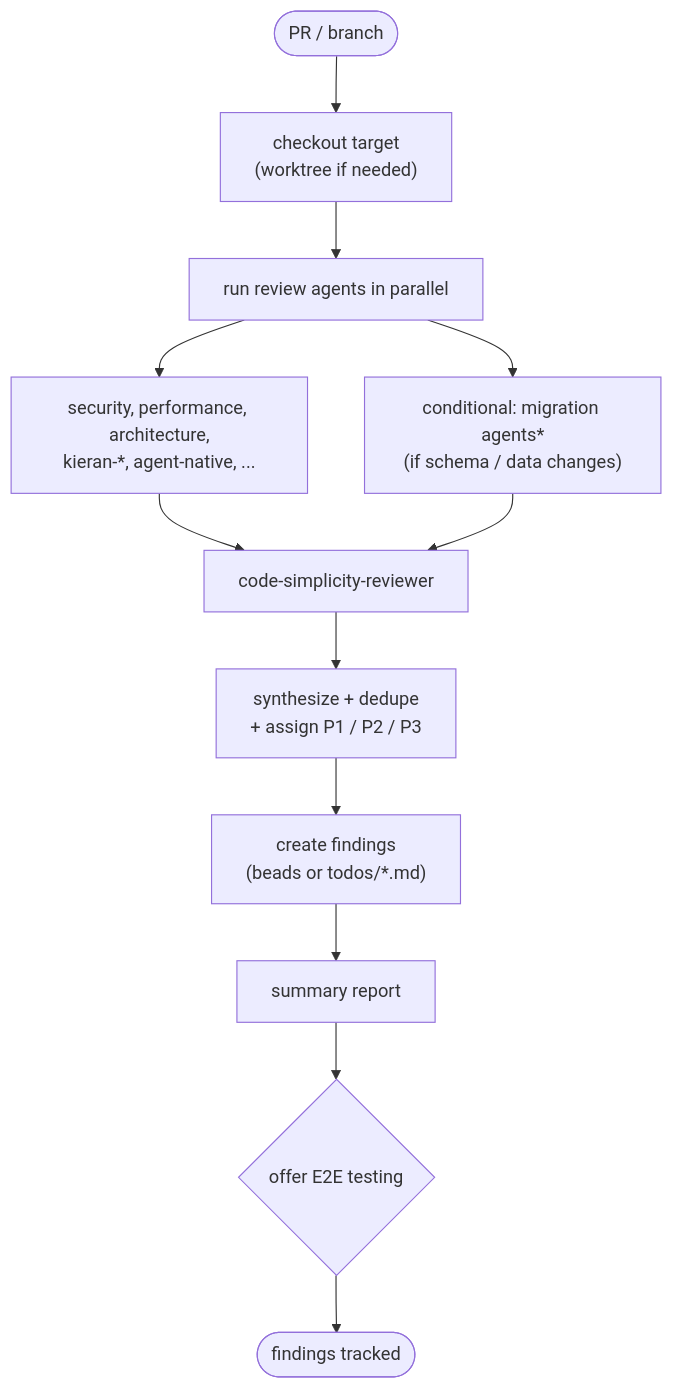
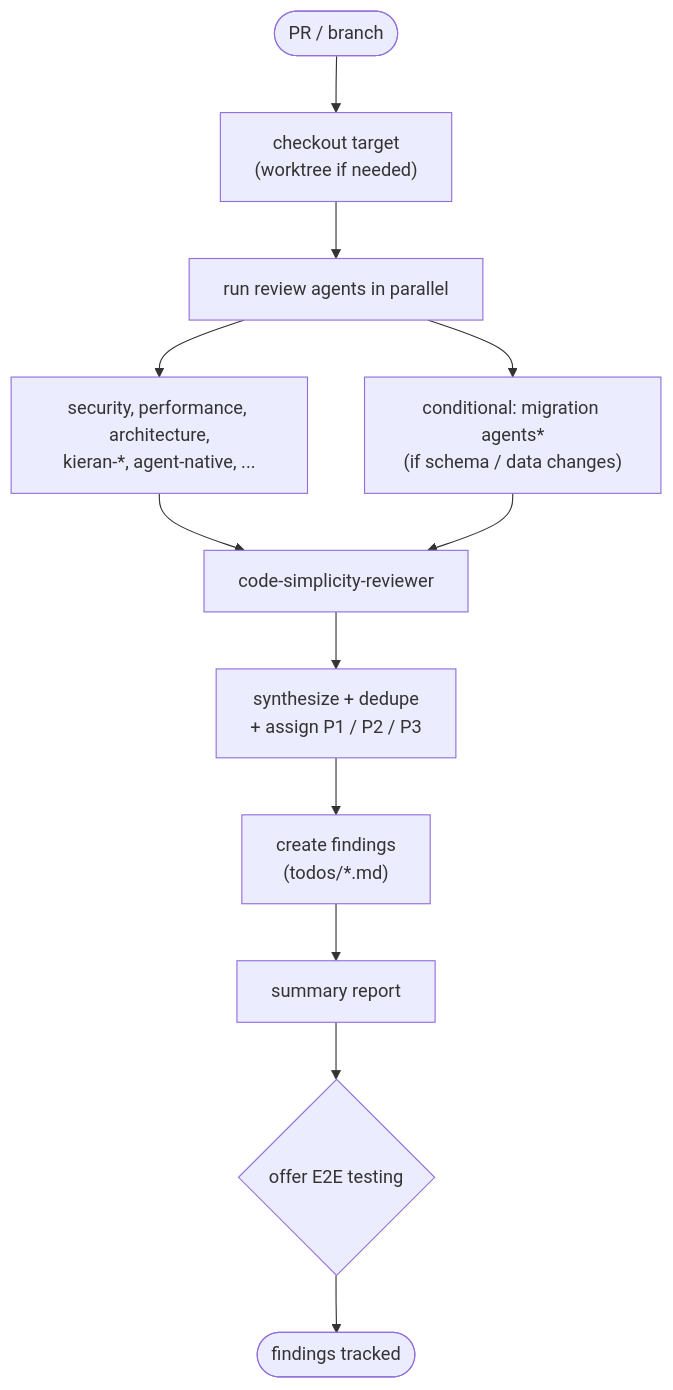
The eighth of 11 diagrams in plugins/agentic-engineering/FLOWS.md (Life-With-Data/agentic-engineering), drawn with Mermaid before and after one commit. The commit also changed other lines of this file and 51 other files, not shown here.

````diff
--- a/plugins/agentic-engineering/FLOWS.md
+++ b/plugins/agentic-engineering/FLOWS.md
@@ -189,14 +259,14 @@
 ```mermaid
 flowchart TD
     start([PR / branch]) --> setup["checkout target<br/>(worktree if needed)"]
     setup --> agents["run review agents in parallel"]
     agents --> core["security, performance, architecture,<br/>kieran-*, agent-native, ..."]
     agents --> cond["conditional: migration agents*<br/>(if schema / data changes)"]
     core --> simp["code-simplicity-reviewer"]
     cond --> simp
     simp --> synth["synthesize + dedupe<br/>+ assign P1 / P2 / P3"]
-    synth --> track["create findings<br/>(beads or todos/*.md)"]
+    synth --> track["create findings<br/>(todos/*.md)"]
     track --> report["summary report"]
     report --> e2e{"offer E2E testing"}
     e2e --> done([findings tracked])
 ```
````
